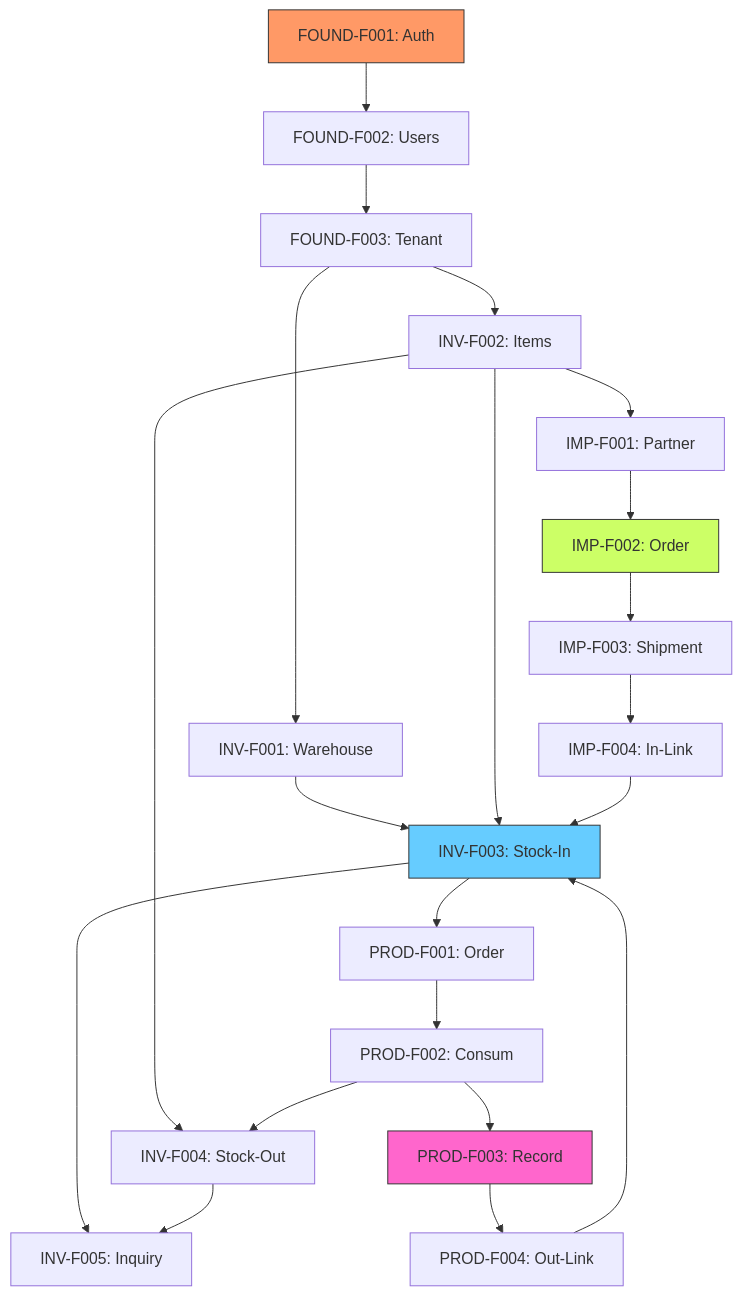
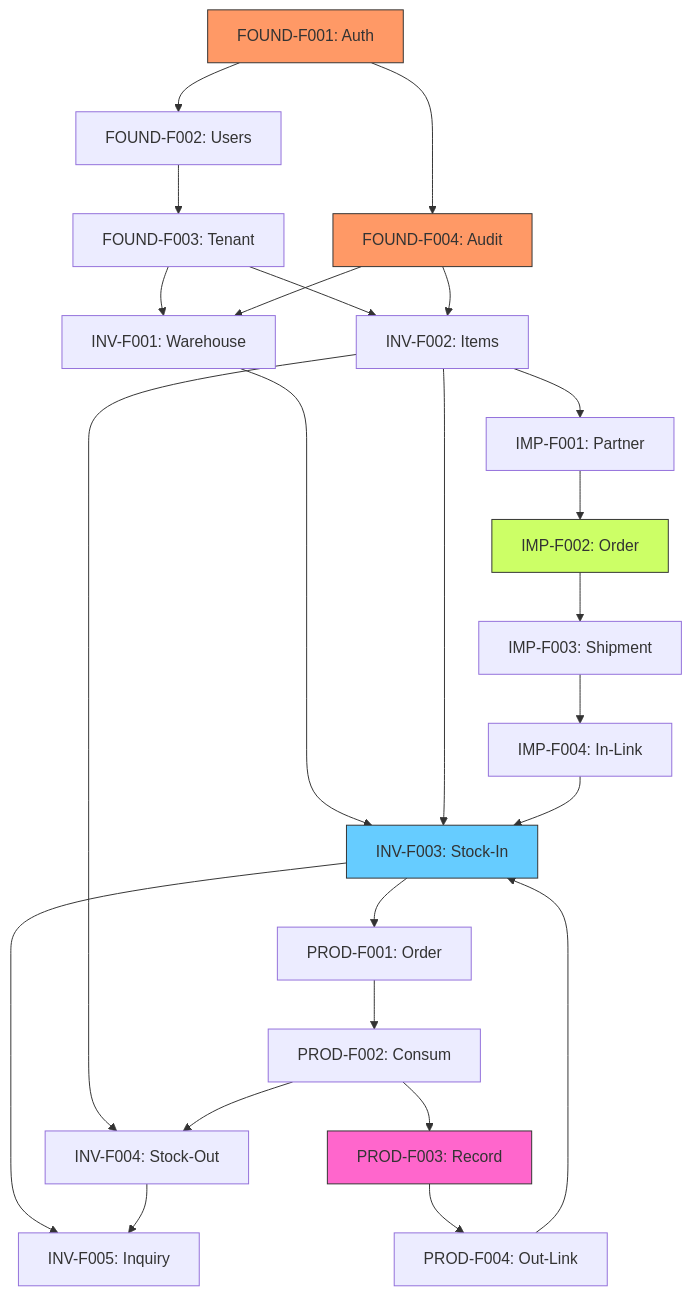
One commit to ftrskuk/chisan-platform changed the diagram in docs/04-feature-map/phase-1-foundation.md. Above: the diagram before and after it, drawn with Mermaid. The commit also changed other lines of this file and 6 other files, not shown here.

First line of the commit message:
docs: add architecture refinements addressing GPT Codex feedback

````diff
--- a/docs/04-feature-map/phase-1-foundation.md
+++ b/docs/04-feature-map/phase-1-foundation.md
@@ -115,36 +126,40 @@
 ```mermaid
 graph TD
     %% Foundation Layer
     F1[FOUND-F001: Auth] --> F2[FOUND-F002: Users]
+    F1 --> F4[FOUND-F004: Audit]
     F2 --> F3[FOUND-F003: Tenant]
 
     %% Inventory Layer
     F3 --> INV1[INV-F001: Warehouse]
     F3 --> INV2[INV-F002: Items]
+    F4 --> INV1
+    F4 --> INV2
     INV1 --> INV3[INV-F003: Stock-In]
     INV2 --> INV3
     INV3 --> INV5[INV-F005: Inquiry]
     INV2 --> INV4[INV-F004: Stock-Out]
     INV4 --> INV5
 
     %% Import Layer
     INV2 --> IMP1[IMP-F001: Partner]
     IMP1 --> IMP2[IMP-F002: Order]
     IMP2 --> IMP3[IMP-F003: Shipment]
     IMP3 --> IMP4[IMP-F004: In-Link]
     IMP4 --> INV3
 
     %% Production Layer
     INV3 --> PRD1[PROD-F001: Order]
     PRD1 --> PRD2[PROD-F002: Consum]
     PRD2 --> INV4
     PRD2 --> PRD3[PROD-F003: Record]
     PRD3 --> PRD4[PROD-F004: Out-Link]
     PRD4 --> INV3
 
     %% Styling
     style F1 fill:#f96,stroke:#333
+    style F4 fill:#f96,stroke:#333
     style INV3 fill:#6cf,stroke:#333
     style IMP2 fill:#cf6,stroke:#333
     style PRD3 fill:#f6c,stroke:#333
 ```
````
